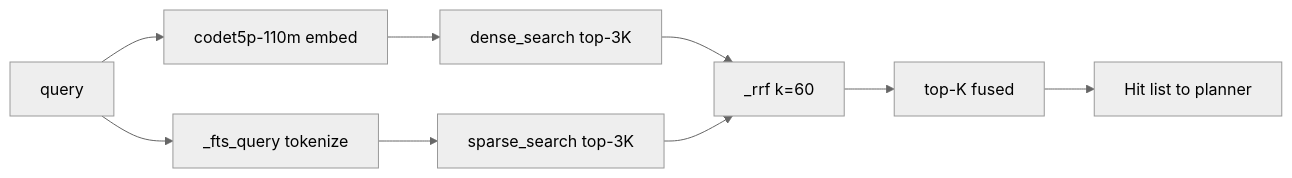
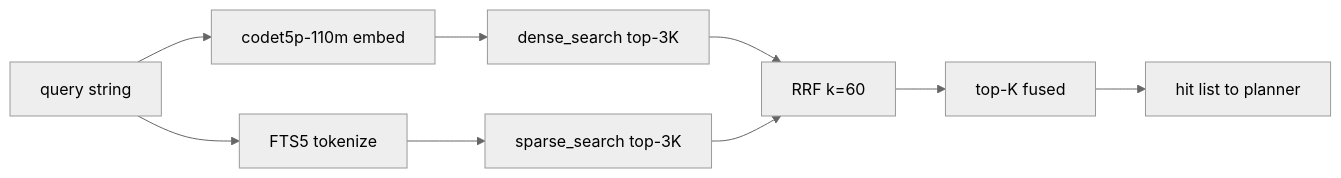
The diagram in src/content/essays/hybrid-search-tool.mdx (samrathchadha/perseusresearch), drawn with Mermaid (neutral theme) before and after one commit. The commit also changed other lines of this file and 27 other files, not shown here.

````diff
--- a/src/content/essays/hybrid-search-tool.mdx
+++ b/src/content/essays/hybrid-search-tool.mdx
@@ -167,11 +51,11 @@
 ```mermaid
 flowchart LR
-  Q[query] --> E[codet5p-110m embed]
-  Q --> T[_fts_query tokenize]
+  Q[query string] --> E[codet5p-110m embed]
+  Q --> T[FTS5 tokenize]
   E --> D[dense_search top-3K]
   T --> S[sparse_search top-3K]
-  D --> R[_rrf k=60]
+  D --> R[RRF k=60]
   S --> R
   R --> K[top-K fused]
-  K --> H[Hit list to planner]
+  K --> H[hit list to planner]
 ```
````
